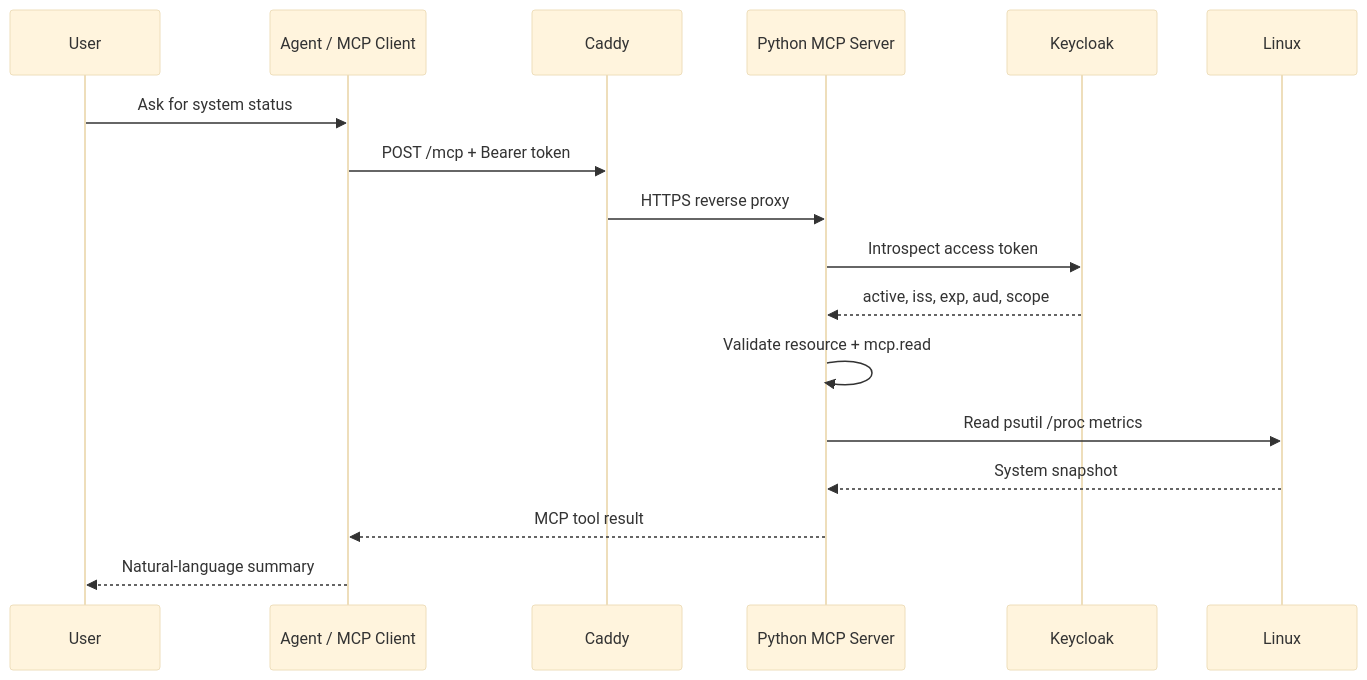
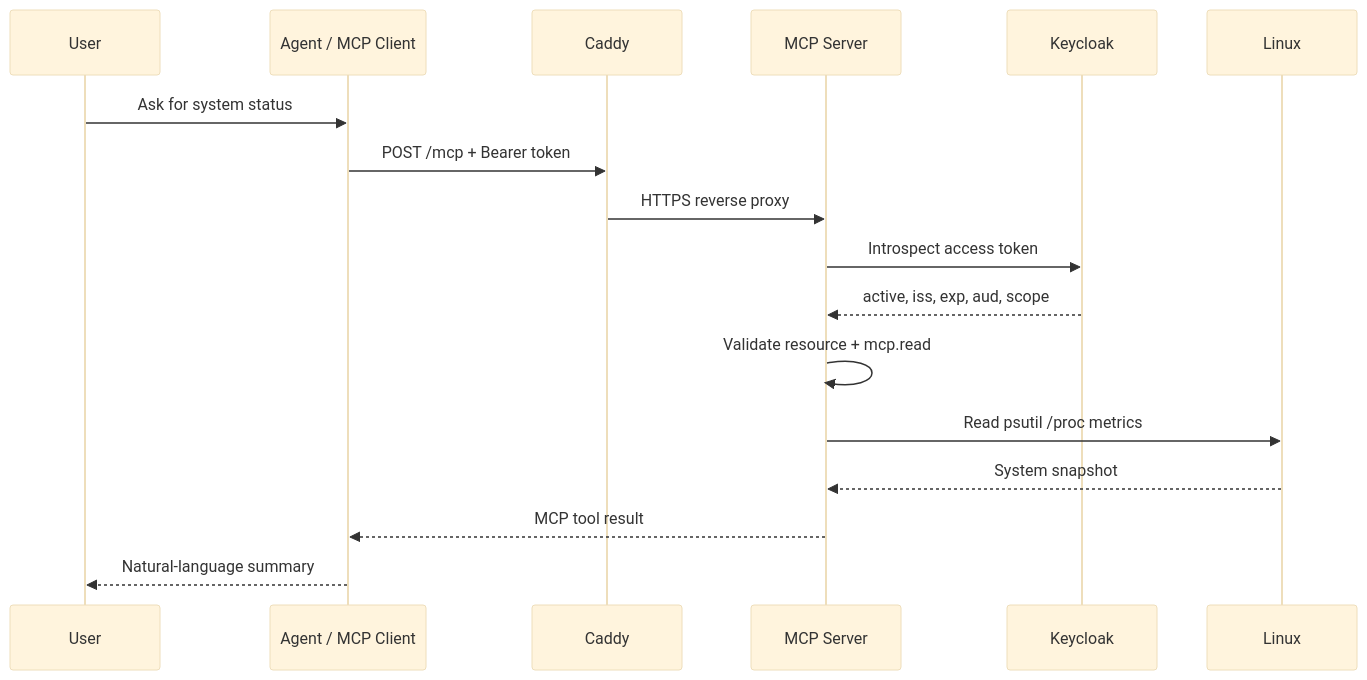
One commit to tuananh-developer/linux-mcp-agent-server changed the first of 2 diagrams in docs/04_ooad_analysis_and_uml.md. Above: the diagram before and after it, drawn with Mermaid (base theme). The commit also changed other lines of this file and 1 other file, not shown here.

First line of the commit message:
test: verify MCP contract with official client

````diff
--- a/docs/04_ooad_analysis_and_uml.md
+++ b/docs/04_ooad_analysis_and_uml.md
@@ -19,19 +82,20 @@
-```mermaid
+``` mermaid
 sequenceDiagram
   participant U as User
   participant A as Agent / MCP Client
   participant C as Caddy
-  participant M as Python MCP Server
+  participant M as MCP Server
   participant K as Keycloak
   participant L as Linux
+
   U->>A: Ask for system status
   A->>C: POST /mcp + Bearer token
   C->>M: HTTPS reverse proxy
   M->>K: Introspect access token
   K-->>M: active, iss, exp, aud, scope
   M->>M: Validate resource + mcp.read
   M->>L: Read psutil /proc metrics
   L-->>M: System snapshot
   M-->>A: MCP tool result
   A-->>U: Natural-language summary
 ```
````
